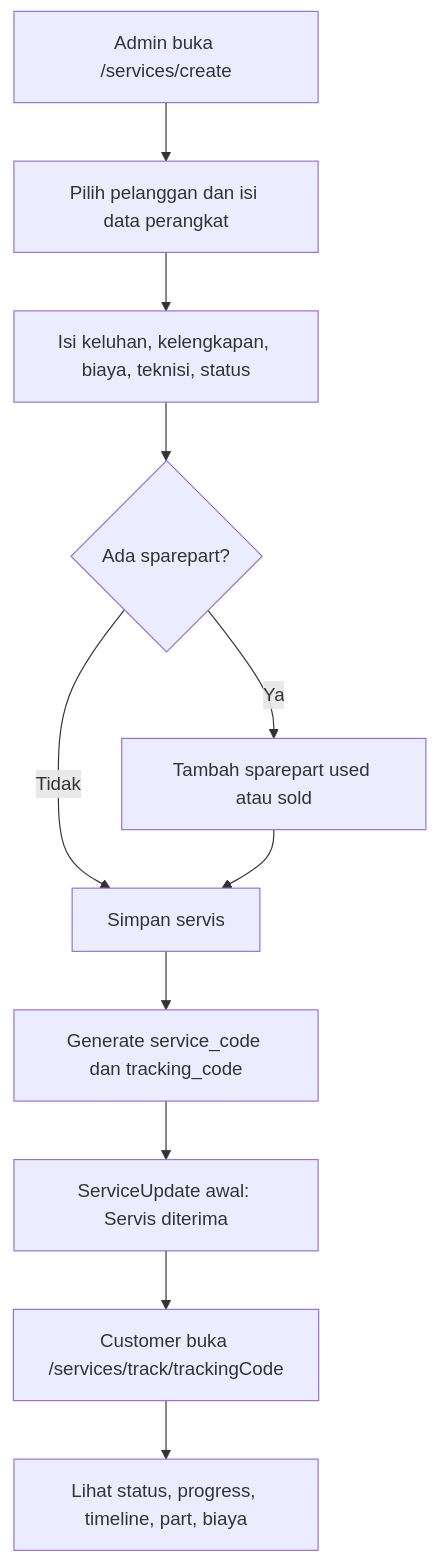
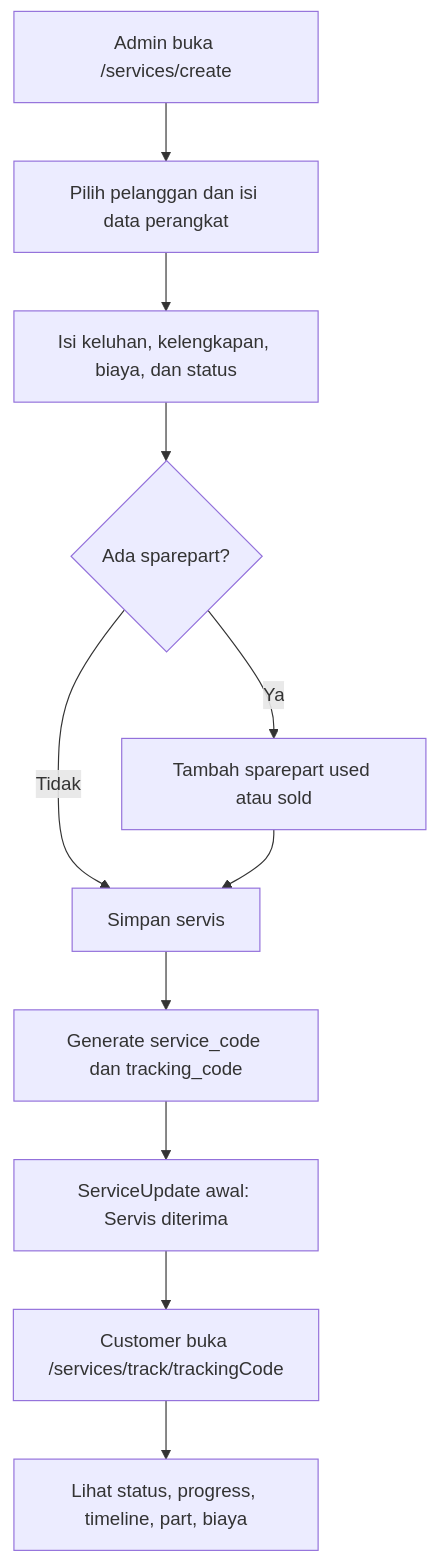
The third of 7 diagrams in README.md (radacore/pabalu-laptop-bullah), drawn with Mermaid before and after one commit. The commit also changed other lines of this file and 23 other files, not shown here.

````diff
--- a/README.md
+++ b/README.md
@@ -155,13 +154,13 @@
 ```mermaid
 flowchart TD
     A[Admin buka /services/create] --> B[Pilih pelanggan dan isi data perangkat]
-    B --> C[Isi keluhan, kelengkapan, biaya, teknisi, status]
+    B --> C[Isi keluhan, kelengkapan, biaya, dan status]
     C --> D{Ada sparepart?}
     D -- Ya --> E[Tambah sparepart used atau sold]
     D -- Tidak --> F[Simpan servis]
     E --> F
     F --> G[Generate service_code dan tracking_code]
     G --> H[ServiceUpdate awal: Servis diterima]
     H --> I[Customer buka /services/track/trackingCode]
     I --> J[Lihat status, progress, timeline, part, biaya]
 ```
````
